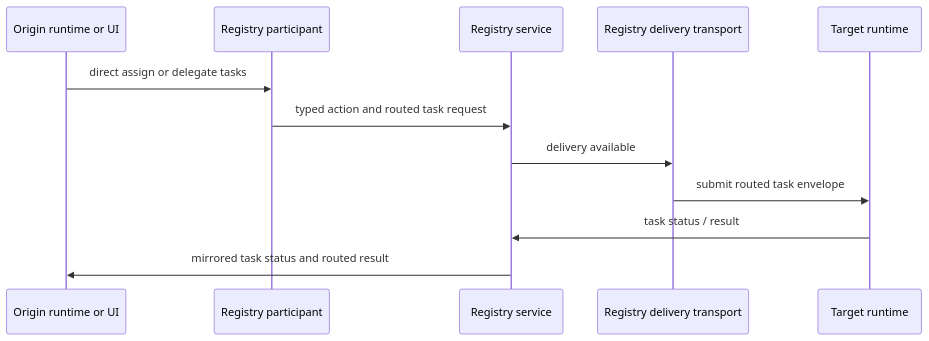
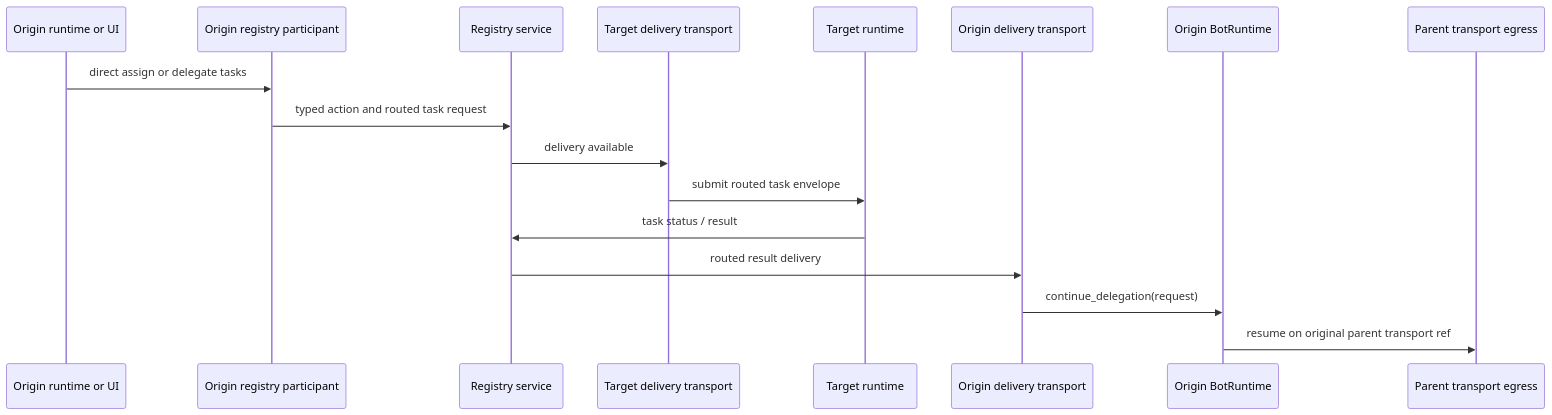
Before and after one commit to privacynow/octopus: the eighth of 8 diagrams in ARCHITECTURE.md, drawn with Mermaid. The commit also changed other lines of this file and 1 other file, not shown here.

````diff
--- a/ARCHITECTURE.md
+++ b/ARCHITECTURE.md
@@ -651,15 +668,20 @@
 ```mermaid
 sequenceDiagram
     participant O as Origin runtime or UI
-    participant RP as Registry participant
+    participant RP as Origin registry participant
     participant R as Registry service
-    participant DT as Registry delivery transport
+    participant TD as Target delivery transport
     participant G as Target runtime
+    participant OD as Origin delivery transport
+    participant BR as Origin BotRuntime
+    participant PT as Parent transport egress
 
     O->>RP: direct assign or delegate tasks
     RP->>R: typed action and routed task request
-    R->>DT: delivery available
-    DT->>G: submit routed task envelope
+    R->>TD: delivery available
+    TD->>G: submit routed task envelope
     G->>R: task status / result
-    R->>O: mirrored task status and routed result
+    R->>OD: routed result delivery
+    OD->>BR: continue_delegation(request)
+    BR->>PT: resume on original parent transport ref
 ```
````
